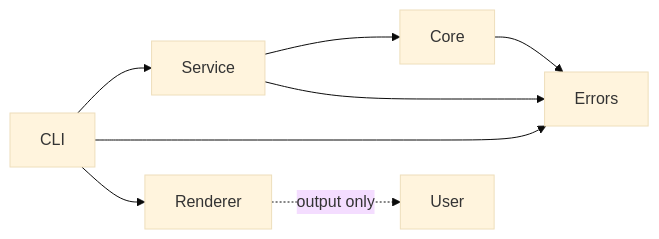
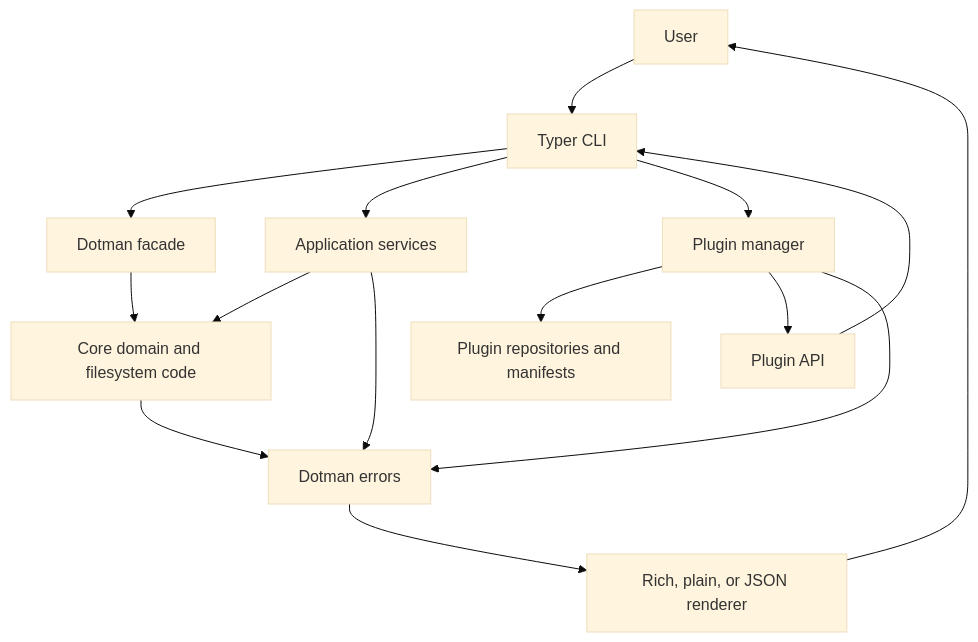
The first of 2 diagrams in ARCHITECTURE.md (aditya-jodha/dotman), drawn with Mermaid (base theme) before and after one commit. The commit also changed other lines of this file and 37 other files, not shown here.

````diff
--- a/ARCHITECTURE.md
+++ b/ARCHITECTURE.md
@@ -77,14 +5,17 @@
 ```mermaid
-flowchart LR
-
-CLI --> Service
-Service --> Core
-
-Core --> Errors
-Service --> Errors
-CLI --> Errors
-
-CLI --> Renderer
-
-Renderer -. output only .-> User
+flowchart TB
+    User --> CLI[Typer CLI]
+    CLI --> Facade[Dotman facade]
+    CLI --> Services[Application services]
+    CLI --> Plugins[Plugin manager]
+    Facade --> Core[Core domain and filesystem code]
+    Services --> Core
+    Plugins --> Repos[Plugin repositories and manifests]
+    Plugins --> API[Plugin API]
+    API --> CLI
+    Core --> Errors[Dotman errors]
+    Services --> Errors
+    Plugins --> Errors
+    Errors --> Renderer[Rich, plain, or JSON renderer]
+    Renderer --> User
 ```
````
